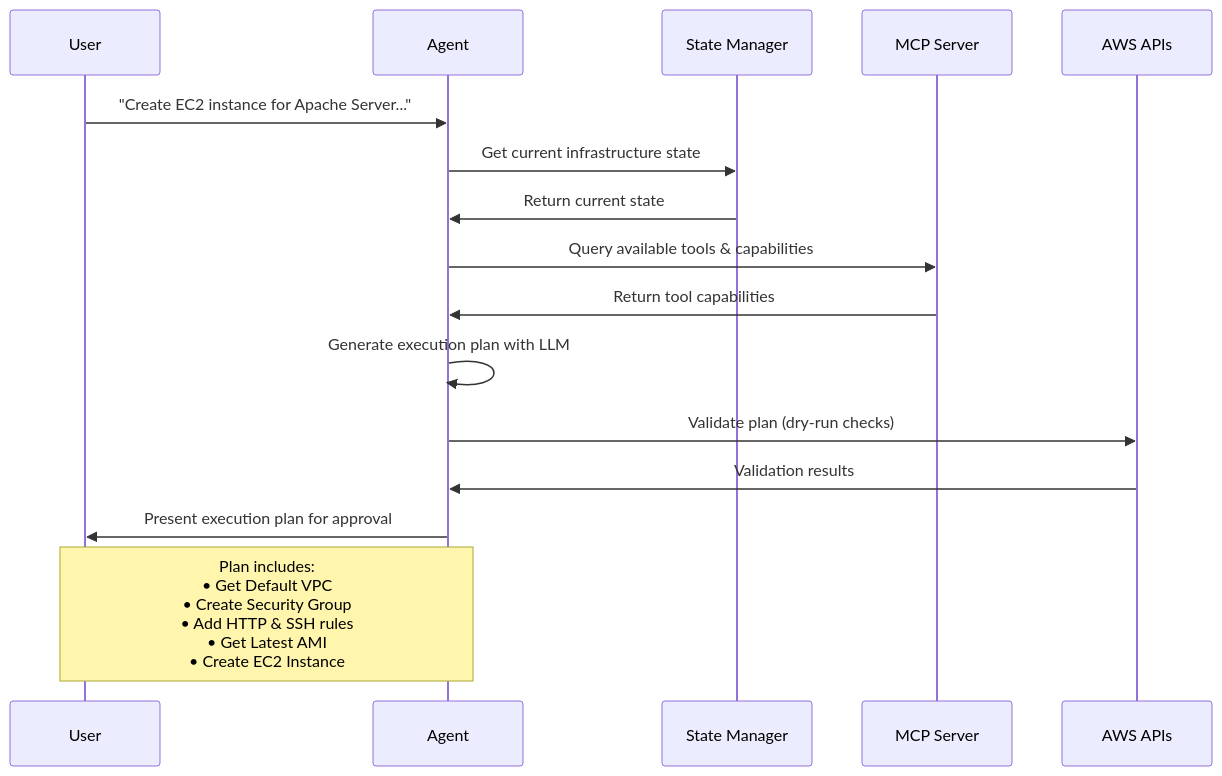
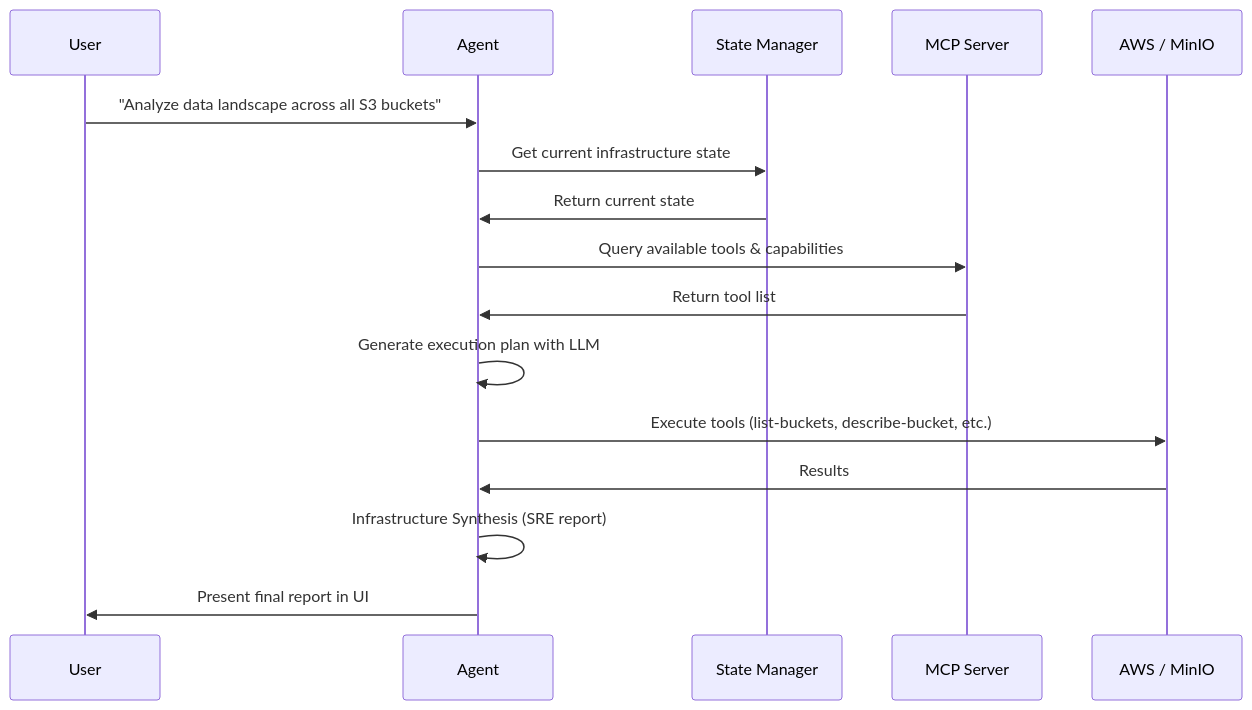
Before and after one commit to Venksaiabhishek/S3-SODA-Contexture: the second of 2 diagrams in README.md, drawn with Mermaid. The commit also changed other lines of this file and 1 other file, not shown here.

Commit message:
Consolidate README: merge RUN_GUIDE, remove license, add complete setup and architecture docs

````diff
--- a/README.md
+++ b/README.md
@@ -52,20 +236,19 @@
 ```mermaid
 sequenceDiagram
     participant U as User
     participant A as Agent
     participant S as State Manager
     participant M as MCP Server
-    participant AWS as AWS APIs
-    
-    U->>A: "Create EC2 instance for Apache Server..."
+    participant AWS as AWS / MinIO
+
+    U->>A: "Analyze data landscape across all S3 buckets"
     A->>S: Get current infrastructure state
     S->>A: Return current state
     A->>M: Query available tools & capabilities
-    M->>A: Return tool capabilities
+    M->>A: Return tool list
     A->>A: Generate execution plan with LLM
-    A->>AWS: Validate plan (dry-run checks)
-    AWS->>A: Validation results
-    A->>U: Present execution plan for approval
-    
-    Note over A,U: Plan includes:<br/>• Get Default VPC<br/>• Create Security Group<br/>• Add HTTP & SSH rules<br/>• Get Latest AMI<br/>• Create EC2 Instance
+    A->>AWS: Execute tools (list-buckets, describe-bucket, etc.)
+    AWS->>A: Results
+    A->>A: Infrastructure Synthesis (SRE report)
+    A->>U: Present final report in UI
 ```
````
